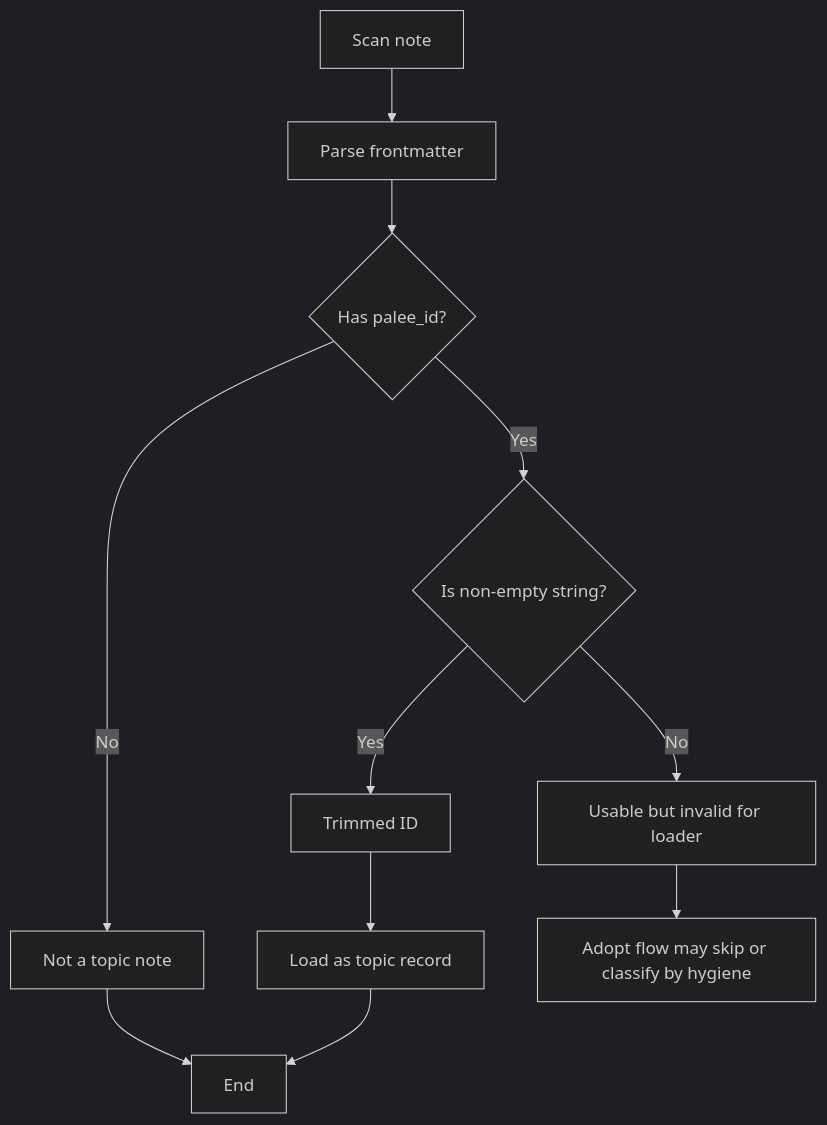
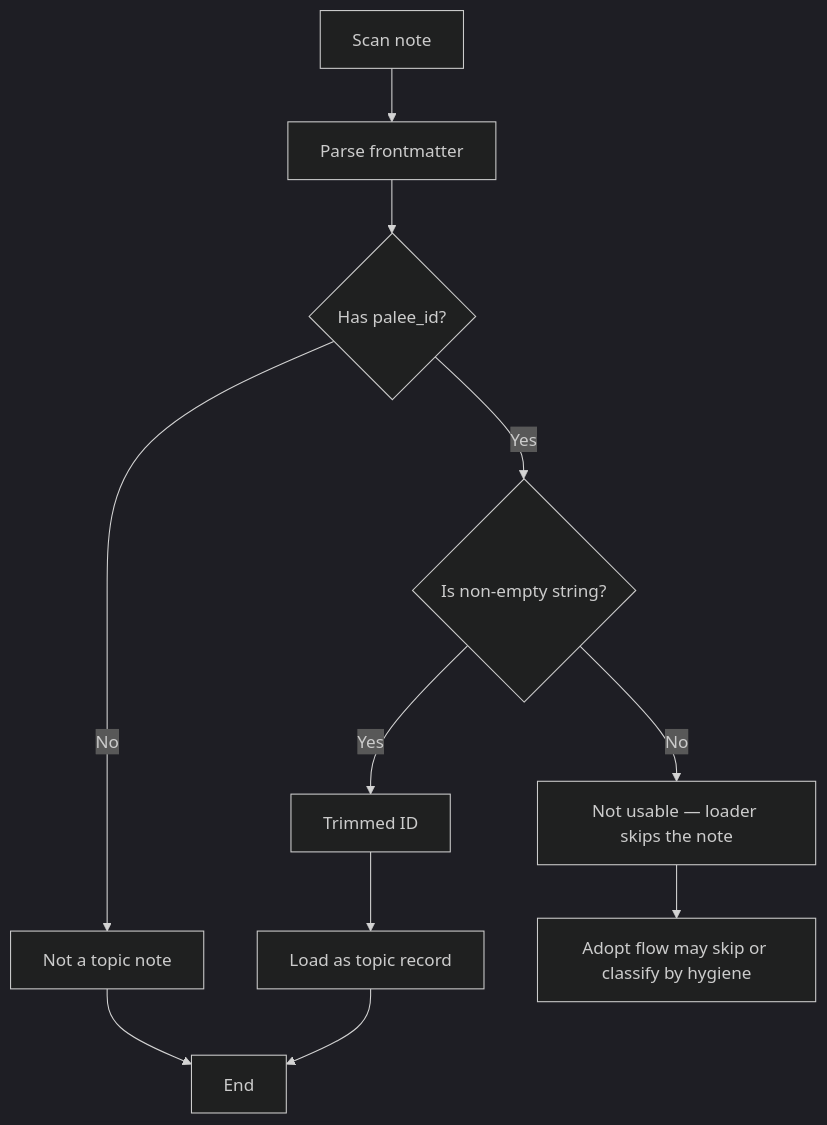
The third of 6 diagrams in Core Engine/Topic ID Management.md (Kuldeep2822k/palee-architecture), drawn with Mermaid (dark theme) before and after one commit. The commit also changed other lines of this file and 76 other files, not shown here.

````diff
--- a/Core Engine/Topic ID Management.md
+++ b/Core Engine/Topic ID Management.md
@@ -263,13 +215,13 @@
 ```mermaid
 flowchart TD
   Start["Scan note"] --> Parse["Parse frontmatter"]
   Parse --> HasId{"Has palee_id?"}
   HasId -->|"No"| Skip["Not a topic note"]
   HasId -->|"Yes"| TypeCheck{"Is non-empty string?"}
-  TypeCheck -->|"No"| InvalidId["Usable but invalid for loader"]
+  TypeCheck -->|"No"| InvalidId["Not usable — loader skips the note"]
   TypeCheck -->|"Yes"| Trim["Trimmed ID"]
   Trim --> Load["Load as topic record"]
   InvalidId --> AdoptFlow["Adopt flow may skip or classify by hygiene"]
   Skip --> End["End"]
   Load --> End
 ```
````
